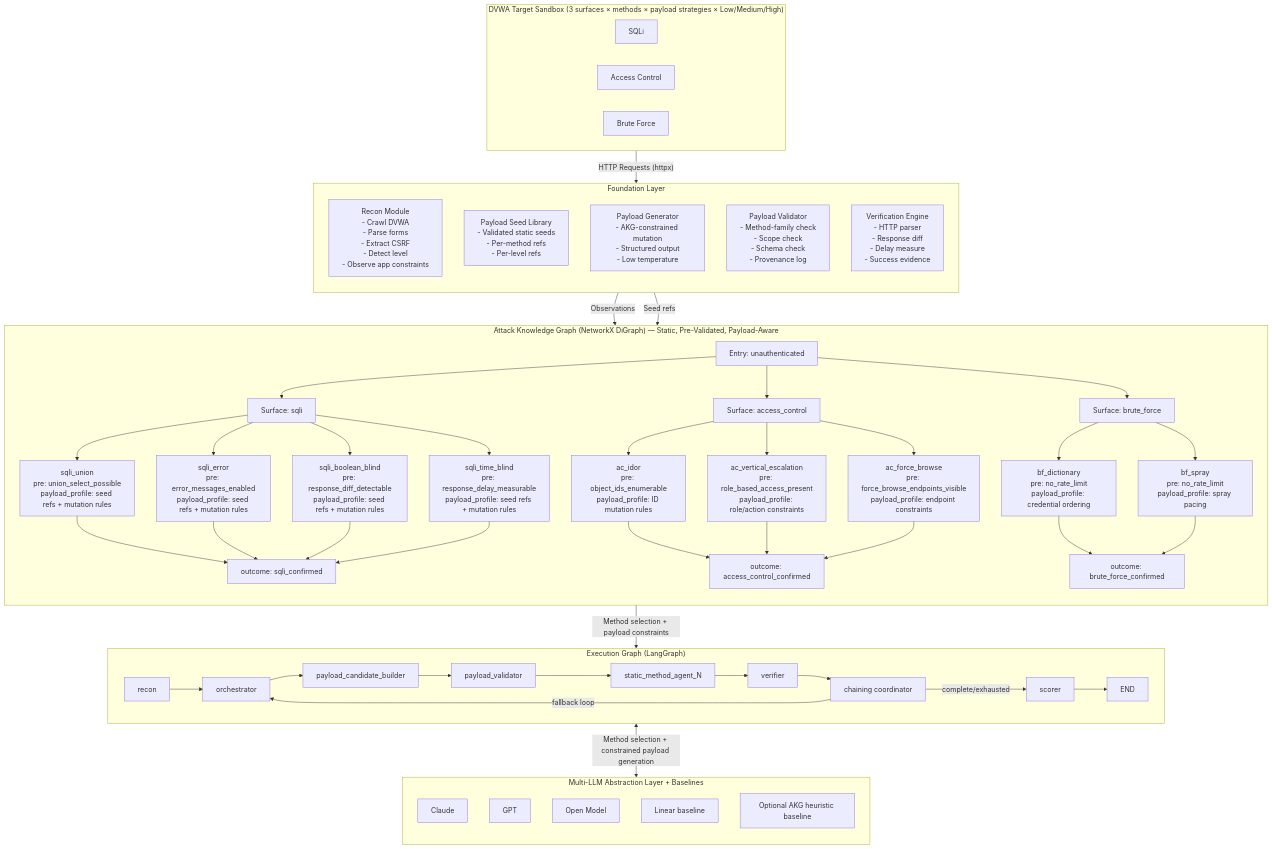
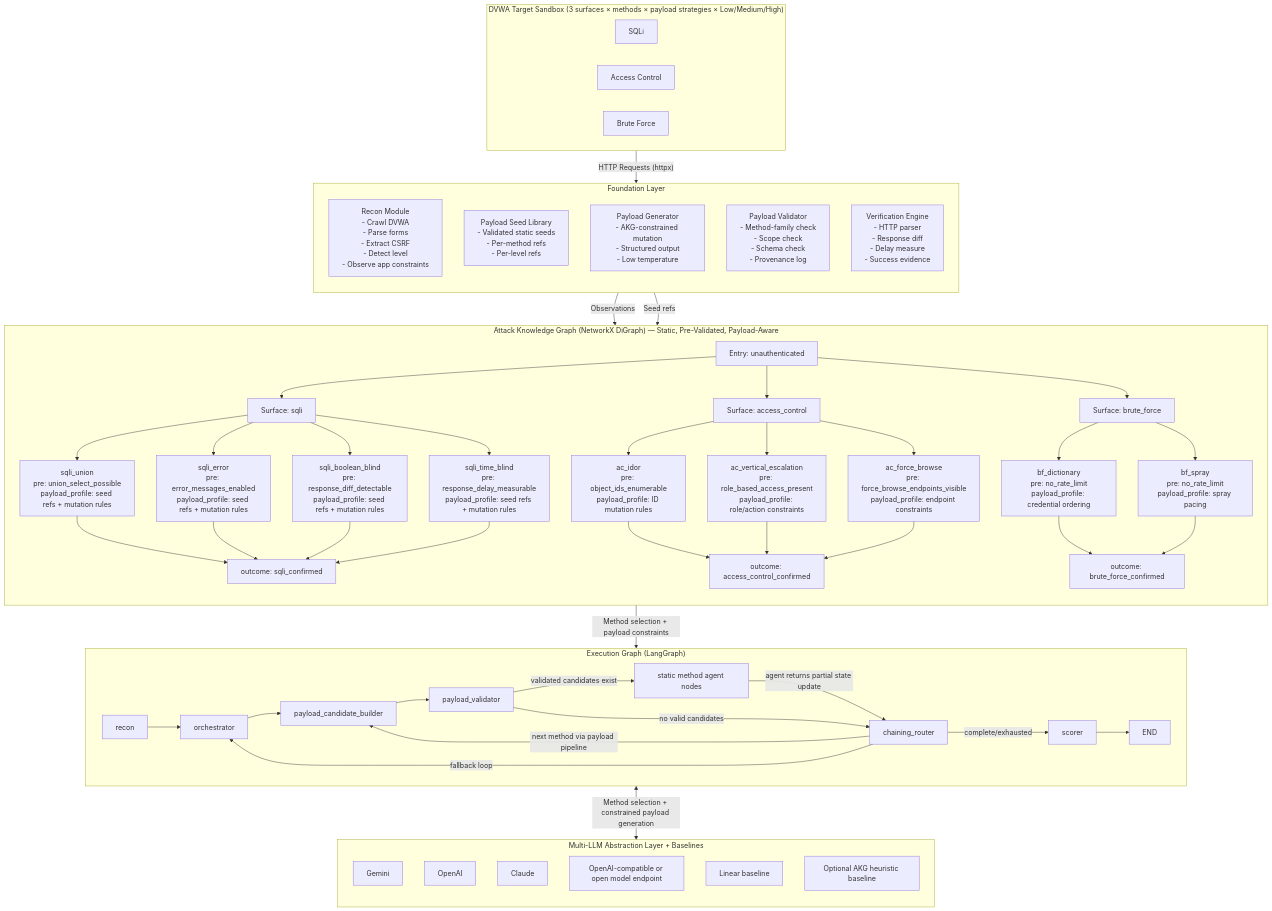
The diagram in docs/summary.md (D9theCoder/tesis), drawn with Mermaid before and after one commit. The commit also changed other lines of this file and 3 other files, not shown here.

```diff
--- a/docs/summary.md
+++ b/docs/summary.md
@@ -186,28 +191,29 @@
         ORCH["orchestrator"]
         BUILD["payload_candidate_builder"]
         VALID["payload_validator"]
-        MA["static_method_agent_N"]
-        VERIFY["verifier"]
-        CHAIN["chaining coordinator"]
+        MA["static method agent nodes"]
+        CHAIN["chaining_router"]
         SCORER["scorer"]
         END["END"]
 
         RECON --> ORCH
         ORCH --> BUILD
         BUILD --> VALID
-        VALID --> MA
-        MA --> VERIFY
-        VERIFY --> CHAIN
+        VALID -->|"validated candidates exist"| MA
+        VALID -->|"no valid candidates"| CHAIN
+        MA -->|"agent returns partial state update"| CHAIN
         CHAIN -->|"fallback loop"| ORCH
+        CHAIN -->|"next method via payload pipeline"| BUILD
         CHAIN -->|"complete/exhausted"| SCORER
         SCORER --> END
     end
 
     subgraph LLM["Multi-LLM Abstraction Layer + Baselines"]
         direction TB
-        L1["Claude"]
-        L2["GPT"]
-        L3["Open Model"]
+        L1["Gemini"]
+        L2["OpenAI"]
+        L3["Claude"]
+        L4["OpenAI-compatible or open model endpoint"]
         L0["Linear baseline"]
         H0["Optional AKG heuristic baseline"]
     end
```
